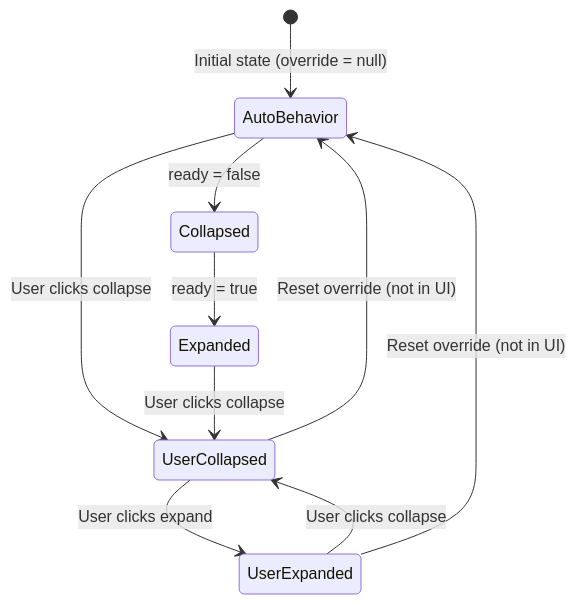
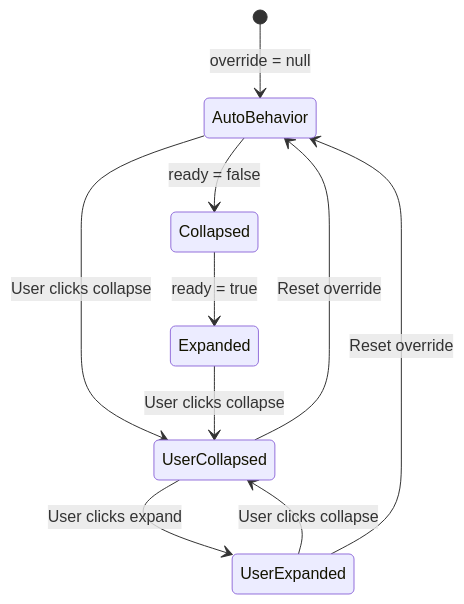
The third of 3 diagrams in _docs/technical/frontend/architecture/layout-system.md (haowjy/meridian-flow), drawn with Mermaid before and after one commit. The commit also changed other lines of this file and 62 other files, not shown here.

````diff
--- a/_docs/technical/frontend/architecture/layout-system.md
+++ b/_docs/technical/frontend/architecture/layout-system.md
@@ -275,14 +78,14 @@
 ```mermaid
 stateDiagram-v2
-    [*] --> AutoBehavior: Initial state (override = null)
+    [*] --> AutoBehavior: override = null
     AutoBehavior --> Collapsed: ready = false
     Collapsed --> Expanded: ready = true
 
     AutoBehavior --> UserCollapsed: User clicks collapse
     Expanded --> UserCollapsed: User clicks collapse
     UserCollapsed --> UserExpanded: User clicks expand
     UserExpanded --> UserCollapsed: User clicks collapse
 
-    UserCollapsed --> AutoBehavior: Reset override (not in UI)
-    UserExpanded --> AutoBehavior: Reset override (not in UI)
+    UserCollapsed --> AutoBehavior: Reset override
+    UserExpanded --> AutoBehavior: Reset override
 ```
````
